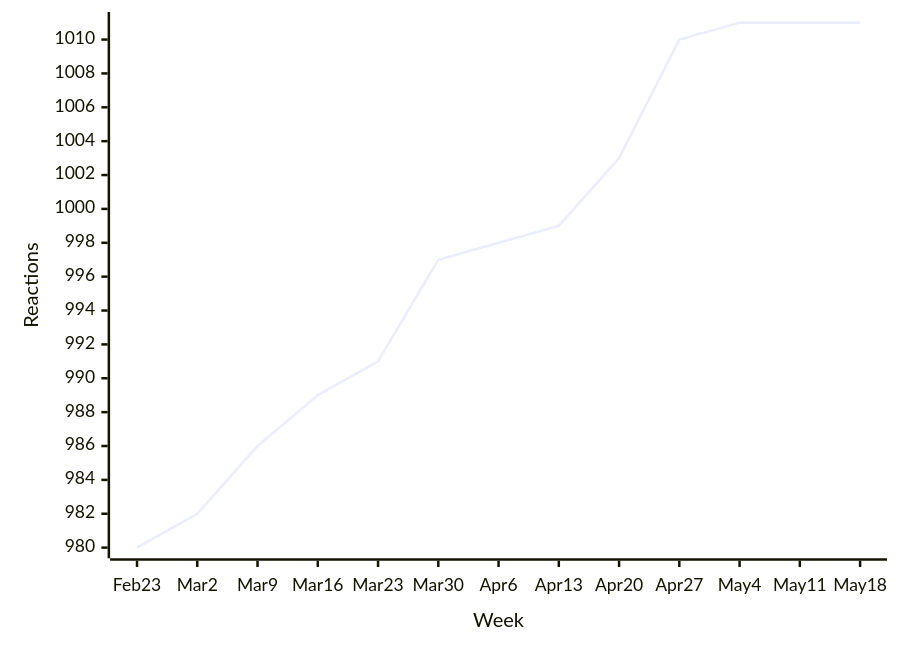
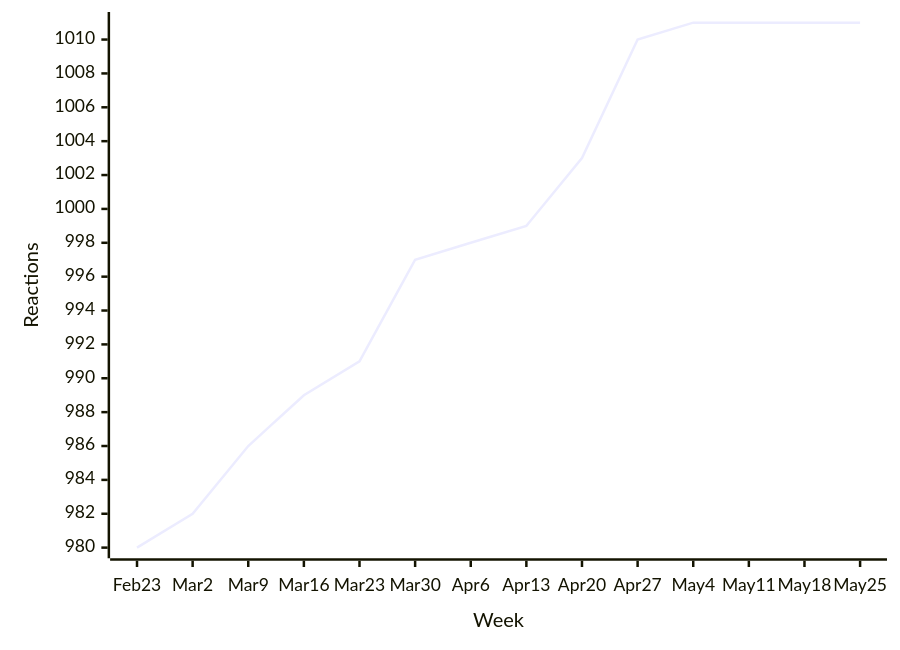
Before and after one commit to loic-sharma/github-insights: the second of 49 diagrams in README.md, drawn with Mermaid. The commit also changed other lines of this file and 3 other files, not shown here.

````diff
--- a/README.md
+++ b/README.md
@@ -356,6 +356,6 @@
   ```mermaid
   xychart-beta
-    x-axis "Week" [Feb 23, Mar 2, Mar 9, Mar 16, Mar 23, Mar 30, Apr 6, Apr 13, Apr 20, Apr 27, May 4, May 11, May 18]
+    x-axis "Week" [Feb 23, Mar 2, Mar 9, Mar 16, Mar 23, Mar 30, Apr 6, Apr 13, Apr 20, Apr 27, May 4, May 11, May 18, May 25]
     y-axis "Reactions"
-    line [980, 982, 986, 989, 991, 997, 998, 999, 1003, 1010, 1011, 1011, 1011]
+    line [980, 982, 986, 989, 991, 997, 998, 999, 1003, 1010, 1011, 1011, 1011, 1011]
   ```
````
